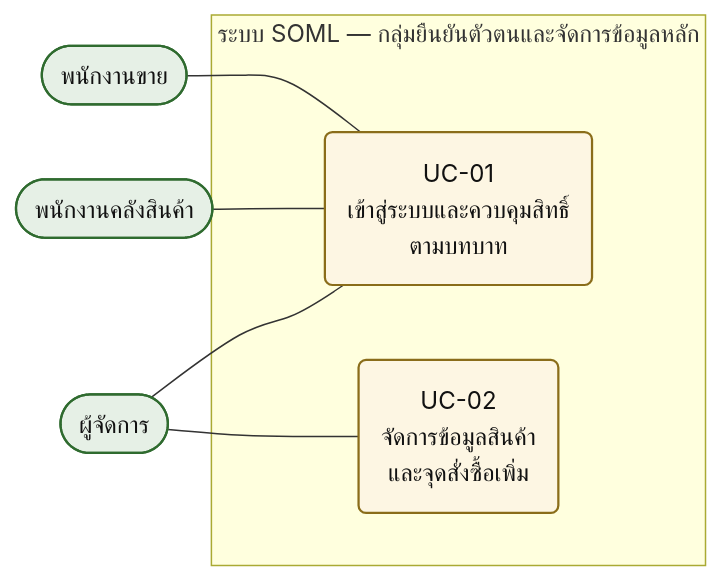
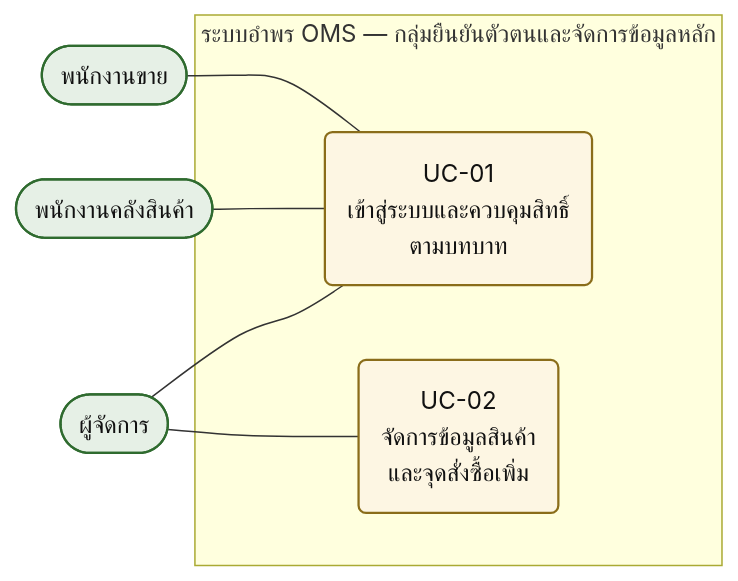
One commit to TriratWongsit/soml-pos-inventory changed the diagram in Documents/assets/diagrams/fig3-06_uc_auth.mmd. Above: the diagram before and after it, drawn with Mermaid. The commit also changed 861 other files, not shown here.

```diff
--- a/Documents/assets/diagrams/fig3-06_uc_auth.mmd
+++ b/Documents/assets/diagrams/fig3-06_uc_auth.mmd
@@ -1,16 +1,16 @@
 flowchart LR
     SALES(["พนักงานขาย"])
     WH(["พนักงานคลังสินค้า"])
     MGR(["ผู้จัดการ"])
-    subgraph SYS["ระบบ SOML — กลุ่มยืนยันตัวตนและจัดการข้อมูลหลัก"]
+    subgraph SYS["ระบบอำพร OMS — กลุ่มยืนยันตัวตนและจัดการข้อมูลหลัก"]
         UC1("UC-01<br/>เข้าสู่ระบบและควบคุมสิทธิ์<br/>ตามบทบาท")
         UC2("UC-02<br/>จัดการข้อมูลสินค้า<br/>และจุดสั่งซื้อเพิ่ม")
     end
     SALES --- UC1
     WH --- UC1
     MGR --- UC1
     MGR --- UC2
     classDef actor fill:#e6f0e6,stroke:#2f6b2f,stroke-width:1.5px,color:#111
     classDef uc fill:#fdf6e3,stroke:#8a6d1a,stroke-width:1.5px,color:#111
     class SALES,WH,MGR actor
     class UC1,UC2 uc
```
